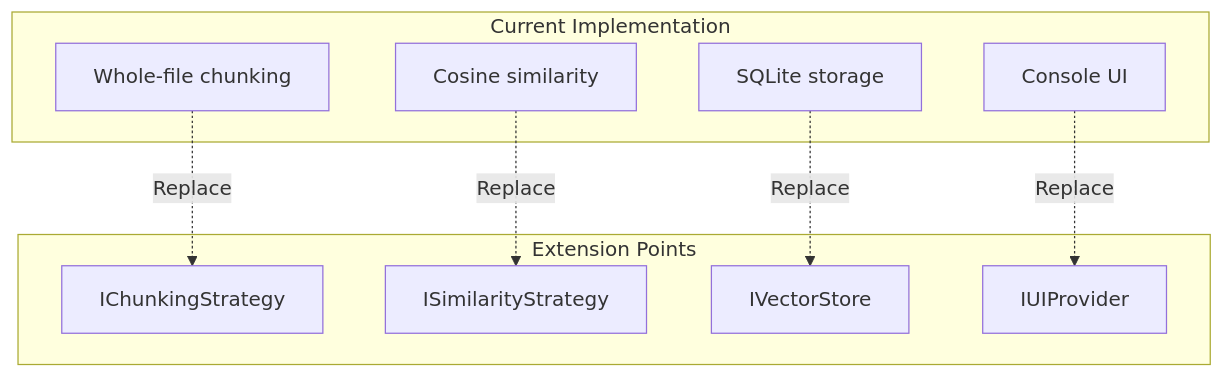
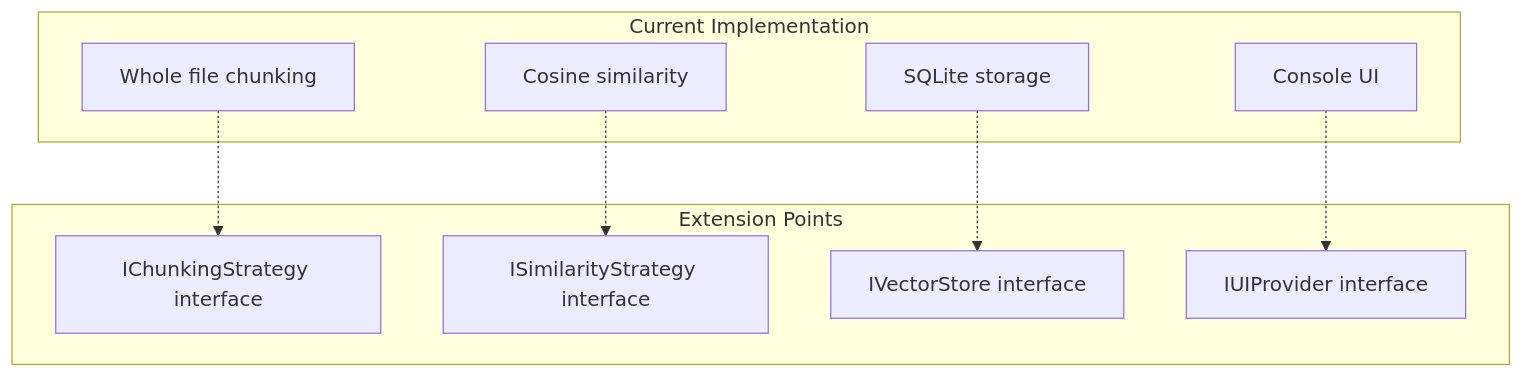
Diagram 11 of 11 in doc/Technical Architecture Document.md (andikatjacobdennis/Local-RAG-With-OllamaSharp), drawn with Mermaid before and after one commit. The commit also changed other lines of this file, not shown here.

````diff
--- a/doc/Technical Architecture Document.md
+++ b/doc/Technical Architecture Document.md
@@ -829,21 +839,21 @@
 ```mermaid
 flowchart TB
     subgraph Current["Current Implementation"]
-        C1[Whole-file chunking]
+        C1[Whole file chunking]
         C2[Cosine similarity]
         C3[SQLite storage]
         C4[Console UI]
     end
     
     subgraph Extension["Extension Points"]
-        E1[IChunkingStrategy]
-        E2[ISimilarityStrategy]
-        E3[IVectorStore]
-        E4[IUIProvider]
+        E1[IChunkingStrategy interface]
+        E2[ISimilarityStrategy interface]
+        E3[IVectorStore interface]
+        E4[IUIProvider interface]
     end
     
-    C1 -.->|Replace| E1
-    C2 -.->|Replace| E2
-    C3 -.->|Replace| E3
-    C4 -.->|Replace| E4
+    C1 -.-> E1
+    C2 -.-> E2
+    C3 -.-> E3
+    C4 -.-> E4
 ```
````
